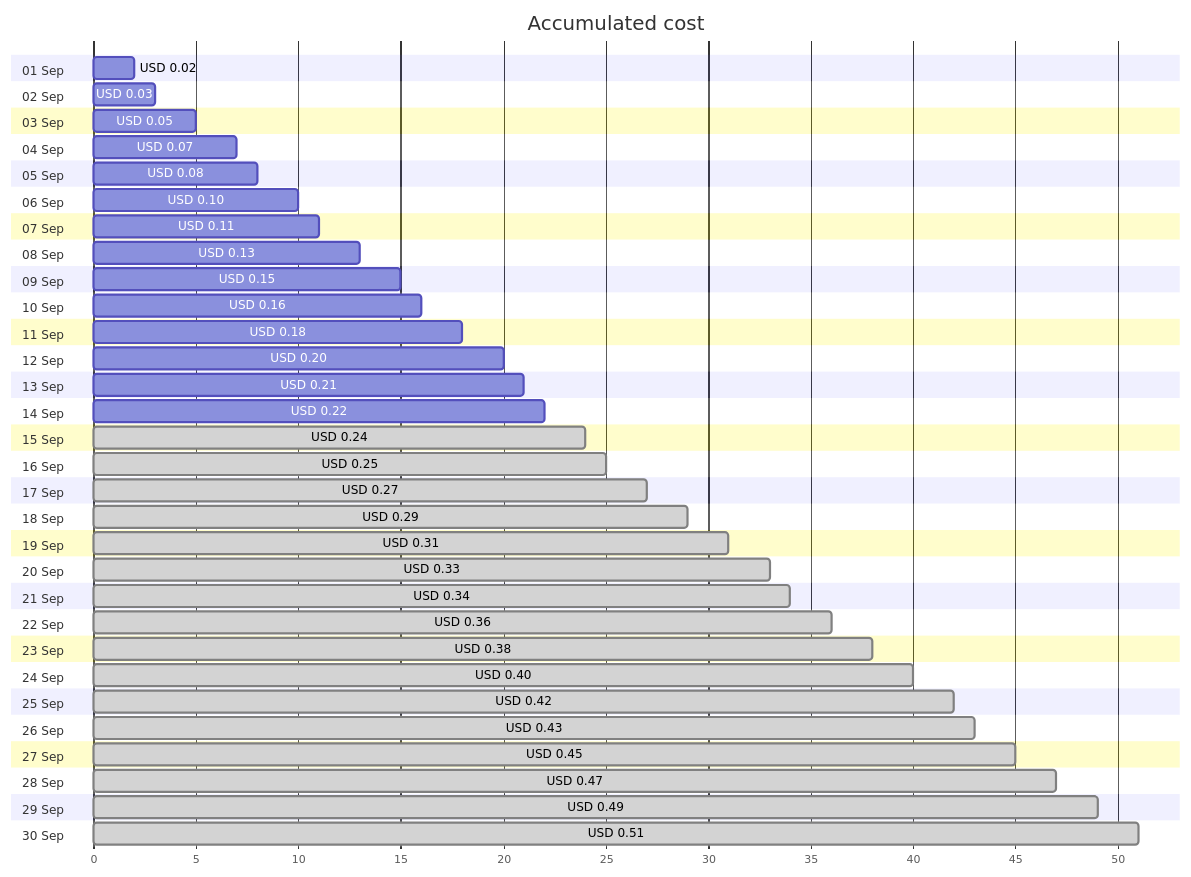
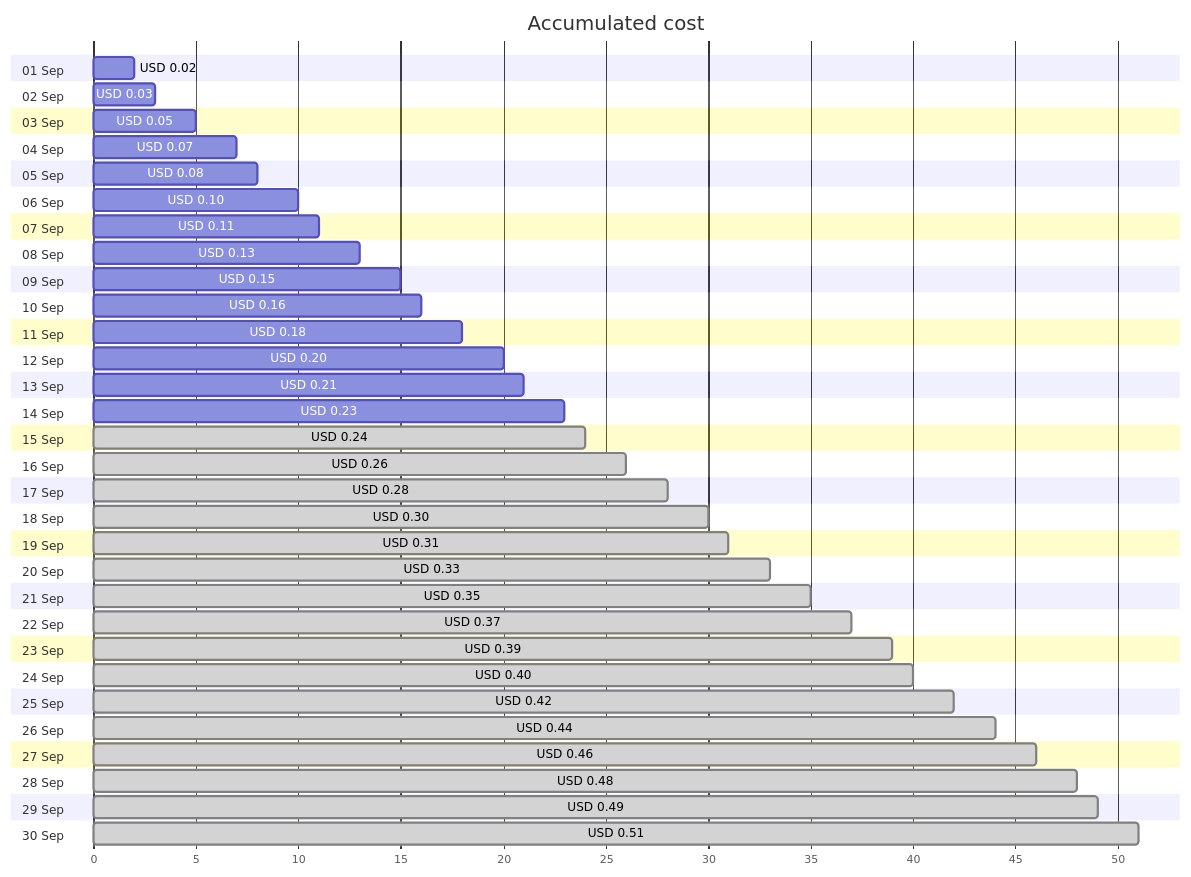
Before and after one commit to jpfulton/azure-personal-reports: the first of 4 diagrams in cost-reports/personal-dns/jpatrickfulton.dev.md, drawn with Mermaid. The commit also changed other lines of this file and 37 other files, not shown here.

````diff
--- a/cost-reports/personal-dns/jpatrickfulton.dev.md
+++ b/cost-reports/personal-dns/jpatrickfulton.dev.md
@@ -20,66 +20,66 @@
 ```mermaid
 gantt
    title Accumulated cost
    dateFormat  X
    axisFormat %s
    section 01 Sep
    USD 0.02 :0, 2
    section 02 Sep
    USD 0.03 :0, 3
    section 03 Sep
    USD 0.05 :0, 5
    section 04 Sep
    USD 0.07 :0, 7
    section 05 Sep
    USD 0.08 :0, 8
    section 06 Sep
    USD 0.10 :0, 10
    section 07 Sep
    USD 0.11 :0, 11
    section 08 Sep
    USD 0.13 :0, 13
    section 09 Sep
    USD 0.15 :0, 15
    section 10 Sep
    USD 0.16 :0, 16
    section 11 Sep
    USD 0.18 :0, 18
    section 12 Sep
    USD 0.20 :0, 20
    section 13 Sep
    USD 0.21 :0, 21
    section 14 Sep
-   USD 0.22 :0, 22
+   USD 0.23 :0, 23
    section 15 Sep
    USD 0.24 : done, 0, 24
    section 16 Sep
-   USD 0.25 : done, 0, 25
+   USD 0.26 : done, 0, 26
    section 17 Sep
-   USD 0.27 : done, 0, 27
+   USD 0.28 : done, 0, 28
    section 18 Sep
-   USD 0.29 : done, 0, 29
+   USD 0.30 : done, 0, 30
    section 19 Sep
    USD 0.31 : done, 0, 31
    section 20 Sep
    USD 0.33 : done, 0, 33
    section 21 Sep
-   USD 0.34 : done, 0, 34
+   USD 0.35 : done, 0, 35
    section 22 Sep
-   USD 0.36 : done, 0, 36
+   USD 0.37 : done, 0, 37
    section 23 Sep
-   USD 0.38 : done, 0, 38
+   USD 0.39 : done, 0, 39
    section 24 Sep
    USD 0.40 : done, 0, 40
    section 25 Sep
    USD 0.42 : done, 0, 42
    section 26 Sep
-   USD 0.43 : done, 0, 43
+   USD 0.44 : done, 0, 44
    section 27 Sep
-   USD 0.45 : done, 0, 45
+   USD 0.46 : done, 0, 46
    section 28 Sep
-   USD 0.47 : done, 0, 47
+   USD 0.48 : done, 0, 48
    section 29 Sep
    USD 0.49 : done, 0, 49
    section 30 Sep
    USD 0.51 : done, 0, 51
 ```
````
